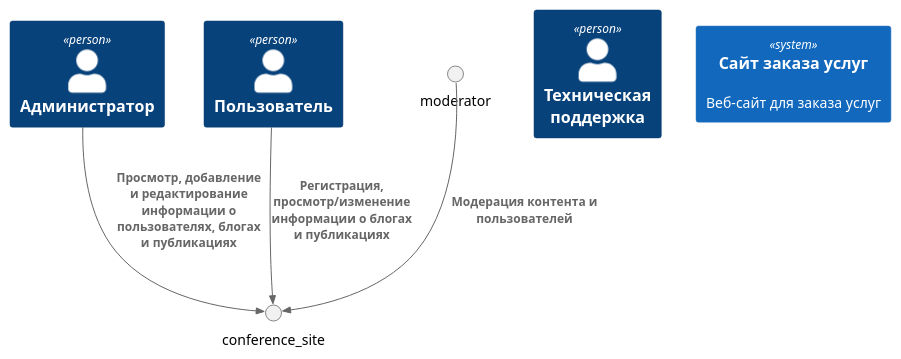
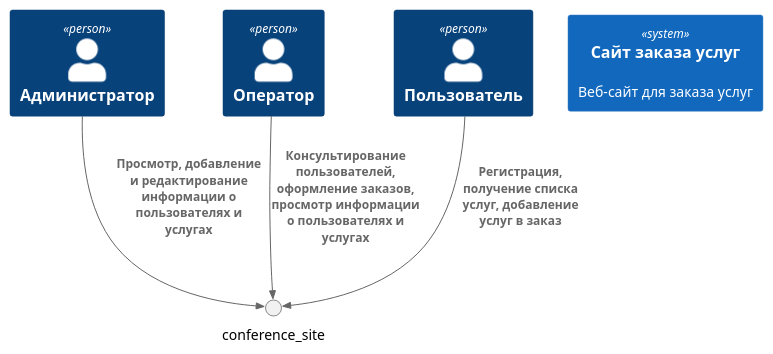
Before and after one commit to KsuPav/SoftwareArchitecture: the diagram in hl_mai_lab_00/context.md, drawn with PlantUML.

````diff
--- a/hl_mai_lab_00/context.md
+++ b/hl_mai_lab_00/context.md
@@ -4,20 +4,20 @@
 ```plantuml
 @startuml
 !include https://raw.githubusercontent.com/plantuml-stdlib/C4-PlantUML/master/C4_Container.puml
 
 Person(admin, "Администратор")
-Person(techsup, "Техническая поддержка")
+Person(operator, "Оператор")
 Person(user, "Пользователь")
 
 System(service_order, "Сайт заказа услуг", "Веб-сайт для заказа услуг")
 
 
 
-Rel(admin, conference_site, "Просмотр, добавление и редактирование информации о пользователях, блогах и публикациях")
-Rel(moderator, conference_site, "Модерация контента и пользователей")
-Rel(user, conference_site, "Регистрация, просмотр/изменение информации о блогах и публикациях")
+Rel(admin, conference_site, "Просмотр, добавление и редактирование информации о пользователях и услугах")
+Rel(operator, conference_site, "Консультирование пользователей, оформление заказов, просмотр информации о пользователях и услугах")
+Rel(user, conference_site, "Регистрация, получение списка услуг, добавление услуг в заказ")
 
 
 
 @enduml
 ```
````
